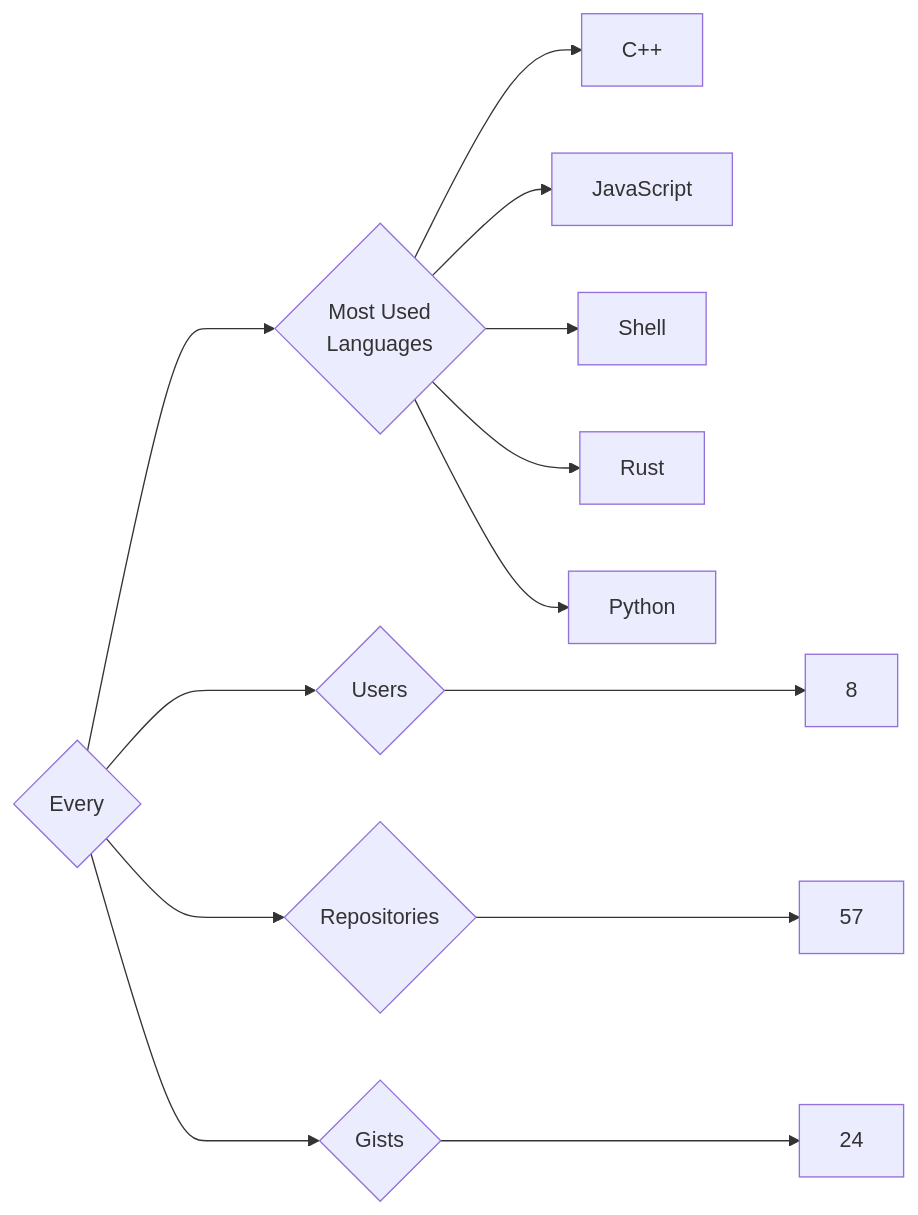
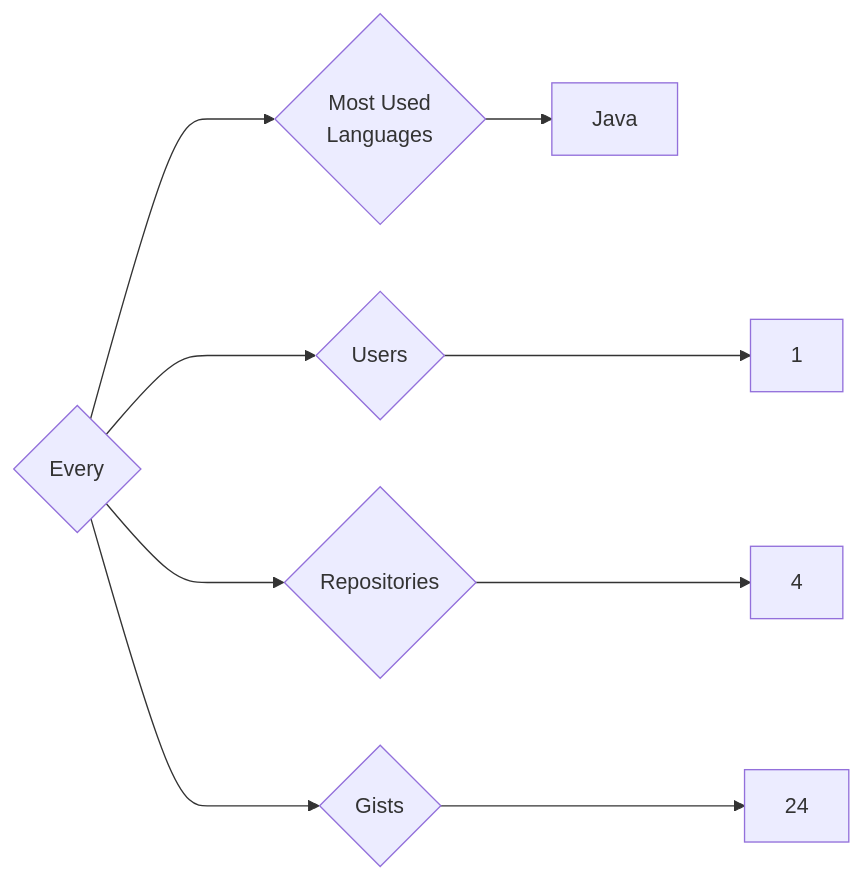
The diagram in targets/Every/README.md (trickest/insiders), drawn with Mermaid before and after one commit. The commit also changed 900 other files, not shown here.

````diff
--- a/targets/Every/README.md
+++ b/targets/Every/README.md
@@ -3,13 +3,9 @@
 ```mermaid
 graph LR
 COMPANY_NAME{Every}
-COMPANY_NAME ---> U{Users} ---> UN[8]
-COMPANY_NAME ---> R{Repositories} ---> RN[57]
+COMPANY_NAME ---> U{Users} ---> UN[1]
+COMPANY_NAME ---> R{Repositories} ---> RN[4]
 COMPANY_NAME ---> G{Gists} ---> GN[24]
 COMPANY_NAME ---> ML{Most Used<br>Languages}
-ML --> C++[C++]
-ML --> JavaScript[JavaScript]
-ML --> Shell[Shell]
-ML --> Rust[Rust]
-ML --> Python[Python]
+ML --> Java[Java]
 ```
````
